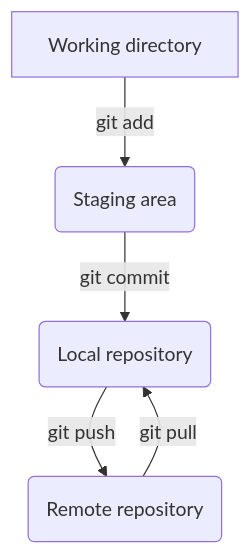
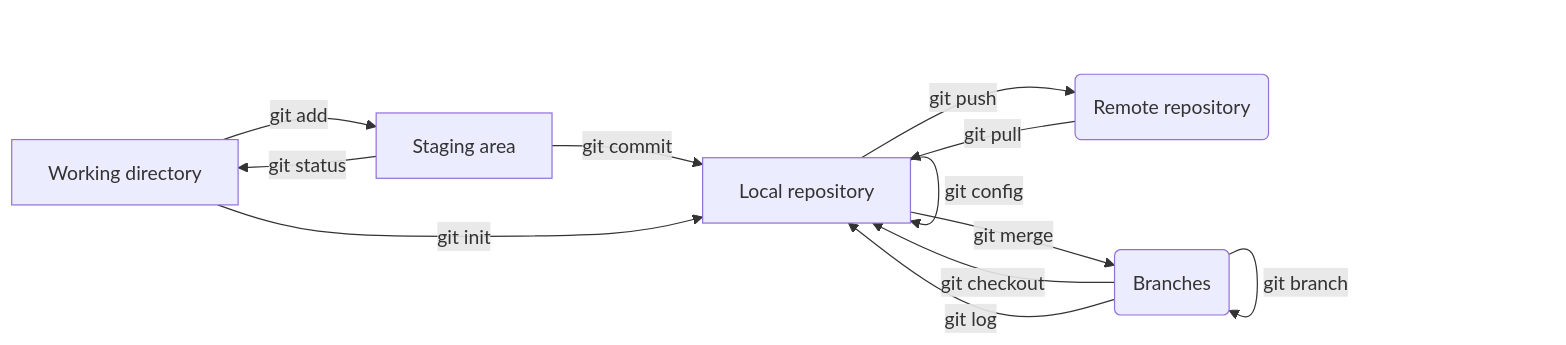
The diagram in intro.md (williampettersson/Wiki), drawn with Mermaid before and after one commit.

Commit message:
updated flowchart with new commands

````diff
--- a/intro.md
+++ b/intro.md
@@ -103,7 +103,15 @@
 ```mermaid
-graph TD
-A[Working directory] --> |git add| B(Staging area)
-B --> |git commit| C(Local repository)
+flowchart LR
+A[Working directory] --> |git add| B[Staging area]
+B -->|git commit| C[Local repository]
+A -->|git init| C
+C -->|git merge| D(Branches)
+D -->|git checkout| C
+C -->|git version| C
+D -->|git log| C
+B -->|git status| A
 C -->|git push| E(Remote repository)
 E -->|git pull| C
+C -->|git config| C
+D -->|git branch| D
 ```
````
